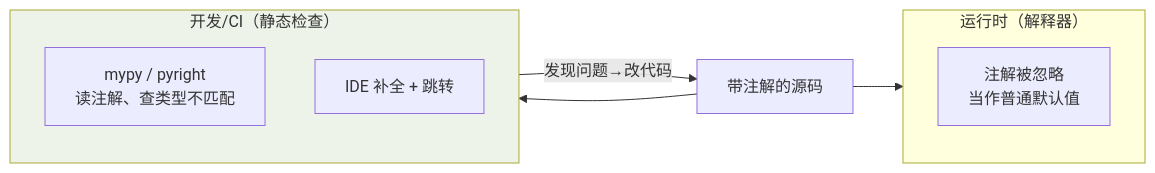
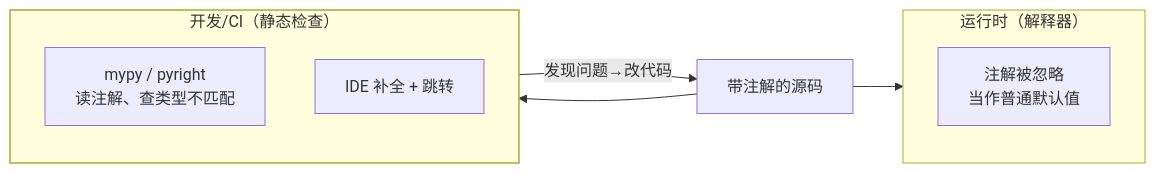
One commit to Loadhao/ascension changed the diagram in src/content/docs/python/intermediate/stdlib/04-typing.md. Above: the diagram before and after it, drawn with Mermaid. The commit also changed 87 other files, not shown here.

First line of the commit message:
fix: 全站图表配色改由主题接管，修复暗色主题下浅底浅字看不清

````diff
--- a/src/content/docs/python/intermediate/stdlib/04-typing.md
+++ b/src/content/docs/python/intermediate/stdlib/04-typing.md
@@ -25,14 +25,15 @@
 ```mermaid
 flowchart LR
     subgraph 开发时["开发/CI（静态检查）"]
         MY["mypy / pyright<br/>读注解、查类型不匹配"]
         IDE["IDE 补全 + 跳转"]
     end
     subgraph 运行时["运行时（解释器）"]
         RUN["注解被忽略<br/>当作普通默认值"]
     end
     SRC["带注解的源码"] --> 开发时
     SRC --> 运行时
     开发时 -->|"发现问题→改代码"| SRC
-    style 开发时 fill:#eef3ea
+    class 开发时 good
+    classDef good stroke-width:1.5px
 ```
````
